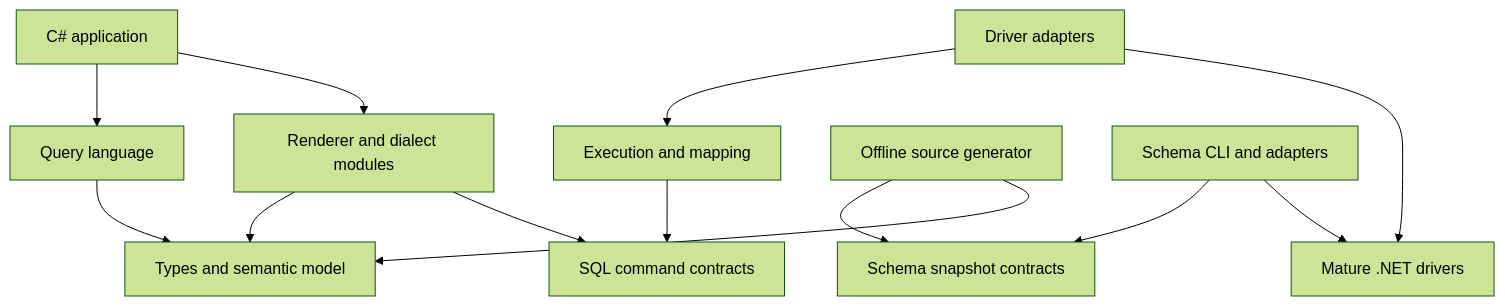
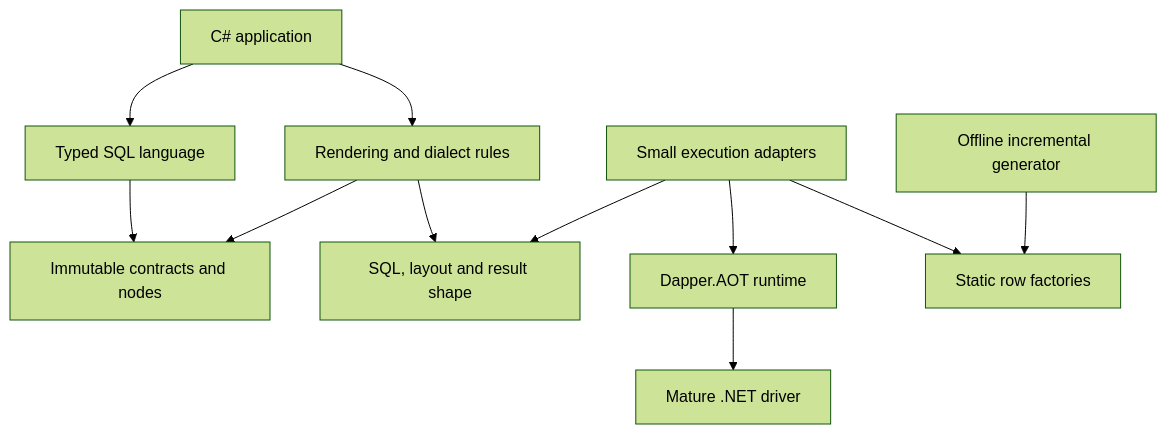
One commit to IzuSharp/Korda-Design changed the diagram in docs/korda-orm/architecture.md. Above: the diagram before and after it, drawn with Mermaid (forest theme). The commit also changed other lines of this file and 11 other files, not shown here.

Commit message:
docs(orm): select mature runtime reuse and fix implementation contracts

````diff
--- a/docs/korda-orm/architecture.md
+++ b/docs/korda-orm/architecture.md
@@ -37,15 +37,13 @@
 ```mermaid
 flowchart TD
-    App["C# application"] --> Dsl["Query language"]
-    Dsl --> Model["Types and semantic model"]
-    Render["Renderer and dialect modules"] --> Model
+    App["C# application"] --> Language["Typed SQL language"]
+    Language --> Contracts["Immutable contracts and nodes"]
+    Render["Rendering and dialect rules"] --> Contracts
     App --> Render
-    Render --> Command["SQL command contracts"]
-    Exec["Execution and mapping"] --> Command
-    Provider["Driver adapters"] --> Exec
-    Provider --> Driver["Mature .NET drivers"]
-    Generator["Offline source generator"] --> Schema["Schema snapshot contracts"]
-    Generator --> Model
-    Tool["Schema CLI and adapters"] --> Schema
-    Tool --> Driver
+    Render --> Template["SQL, layout and result shape"]
+    Execute["Small execution adapters"] --> Template
+    Execute --> Runtime["Dapper.AOT runtime"]
+    Runtime --> Driver["Mature .NET driver"]
+    Generate["Offline incremental generator"] --> Factory["Static row factories"]
+    Execute --> Factory
 ```
````
